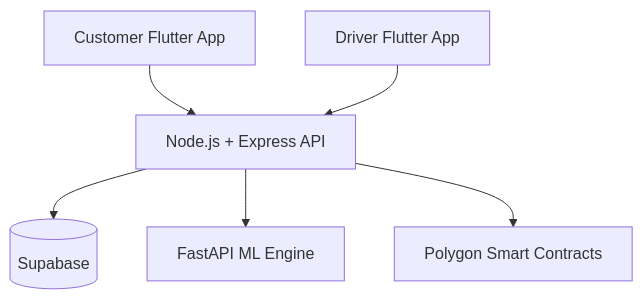
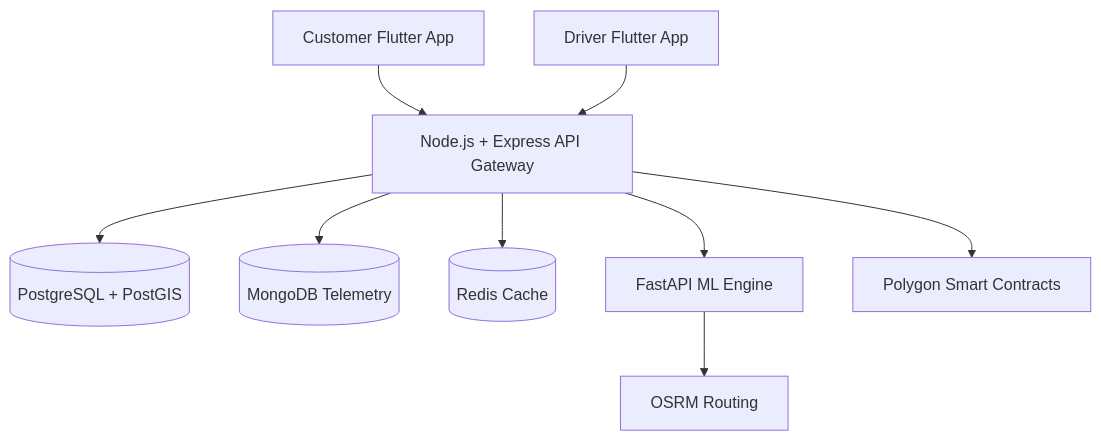
The diagram in README.md (KanishJebaMathewM/Truxify), drawn with Mermaid before and after one commit. The commit also changed other lines of this file and 1 other file, not shown here.

````diff
--- a/README.md
+++ b/README.md
@@ -29,18 +96,24 @@
 ```mermaid
 graph TD
     Customer[Customer Flutter App]
     Driver[Driver Flutter App]
 
-    API[Node.js + Express API]
+    API[Node.js + Express API Gateway]
 
-    Supabase[(Supabase)]
+    Supabase[(PostgreSQL + PostGIS)]
+    Mongo[(MongoDB Telemetry)]
+    Redis[(Redis Cache)]
     ML[FastAPI ML Engine]
     Blockchain[Polygon Smart Contracts]
+    OSRM[OSRM Routing]
 
     Customer --> API
     Driver --> API
 
     API --> Supabase
+    API --> Mongo
+    API --> Redis
     API --> ML
     API --> Blockchain
+    ML --> OSRM
 ```
````
